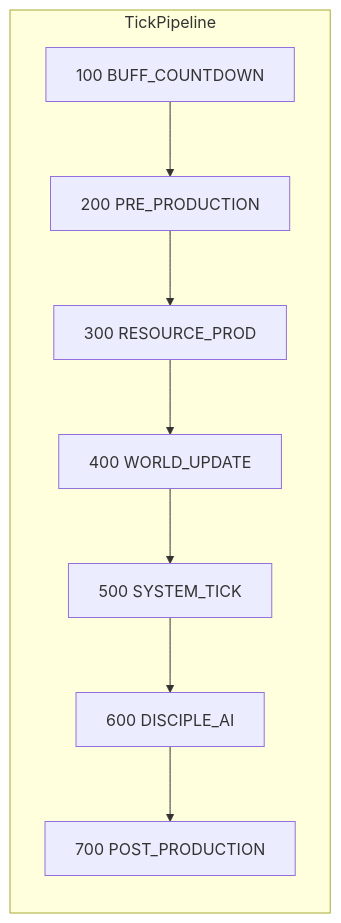
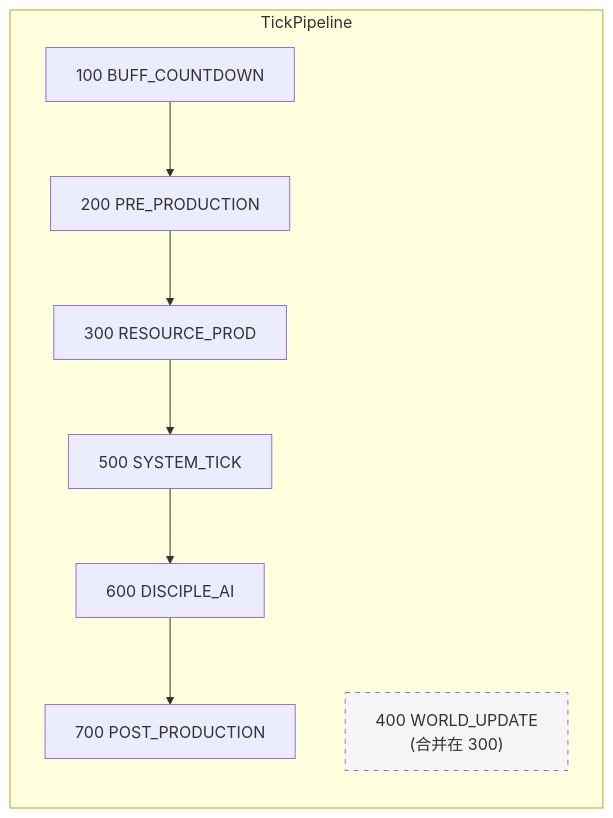
Before and after one commit to bennygray/7game: the diagram in docs/design/arch/pipeline.md, drawn with Mermaid. The commit also changed other lines of this file and 18 other files, not shown here.

````diff
--- a/docs/design/arch/pipeline.md
+++ b/docs/design/arch/pipeline.md
@@ -56,13 +14,14 @@
 ```mermaid
 graph LR
     subgraph Pipeline["TickPipeline"]
         P100["100 BUFF_COUNTDOWN"]
         P200["200 PRE_PRODUCTION"]
         P300["300 RESOURCE_PROD"]
-        P400["400 WORLD_UPDATE"]
+        P400["400 WORLD_UPDATE<br>(合并在 300)"]
         P500["500 SYSTEM_TICK"]
         P600["600 DISCIPLE_AI"]
         P700["700 POST_PRODUCTION"]
     end
-    P100 --> P200 --> P300 --> P400 --> P500 --> P600 --> P700
+    P100 --> P200 --> P300 --> P500 --> P600 --> P700
+    style P400 fill:#f5f5f5,stroke-dasharray: 5 5
 ```
````
